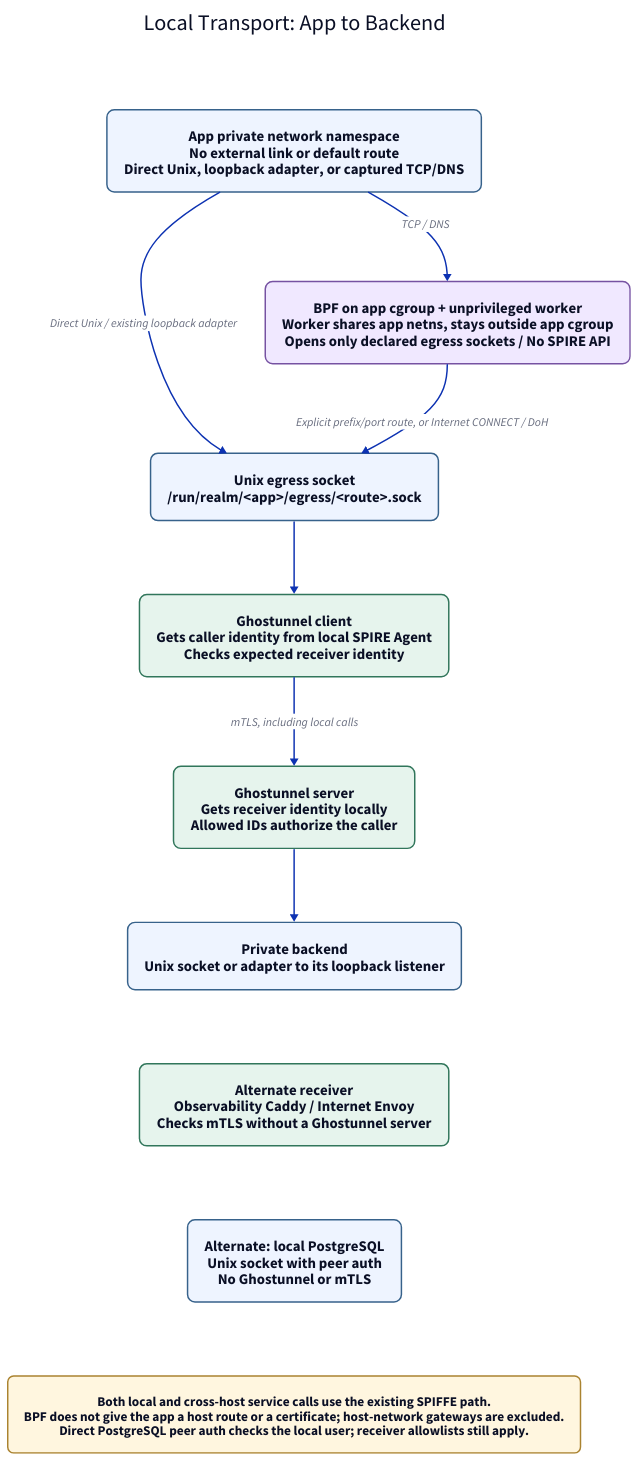
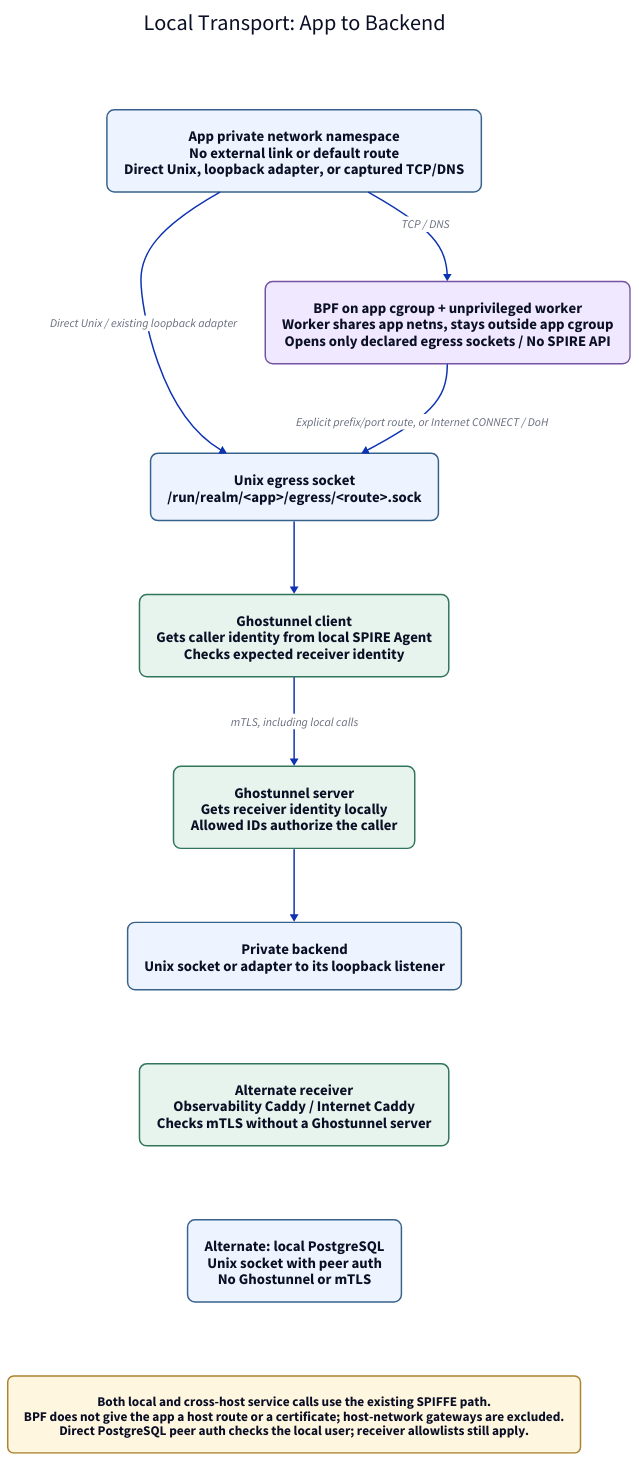
Before and after one commit to oluceps/nixos-config: the diagram in layout/local-transport.d2, drawn with D2. The commit also changed 51 other files, not shown here.

```diff
--- a/layout/local-transport.d2
+++ b/layout/local-transport.d2
@@ -1,30 +1,30 @@
 direction: down
 vars: { d2-config: { theme-id: 0 } }
 classes: {
   node: { style: { fill: "#eef4ff"; stroke: "#37628b"; border-radius: 10; font-size: 20 } }
   gateway: { style: { fill: "#e6f4ed"; stroke: "#31765b"; border-radius: 10; font-size: 20 } }
   agent: { style: { fill: "#f0e8ff"; stroke: "#7652a2"; border-radius: 10; font-size: 20 } }
   note: { style: { fill: "#fff6df"; stroke: "#aa8330"; border-radius: 8; font-size: 18 } }
 }
 title: "Local Transport: App to Backend" { shape: text; style.font-size: 30 }
 app: "App private network namespace\nNo external link or default route\nDirect Unix, loopback adapter, or captured TCP/DNS" { class: node }
 socket: "Unix egress socket\n/run/realm/<app>/egress/<route>.sock" { class: node }
 client: "Ghostunnel client\nGets caller identity from local SPIRE Agent\nChecks expected receiver identity" { class: gateway }
 server: "Ghostunnel server\nGets receiver identity locally\nAllowed IDs authorize the caller" { class: gateway }
 backend: "Private backend\nUnix socket or adapter to its loopback listener" { class: node }
 capture: "BPF on app cgroup + unprivileged worker\nWorker shares app netns, stays outside app cgroup\nOpens only declared egress sockets / No SPIRE API" { class: agent }
 app -> socket: "Direct Unix / existing loopback adapter"
 app -> capture: "TCP / DNS"
 capture -> socket: "Explicit prefix/port route, or Internet CONNECT / DoH"
 socket -> client
 client -> server: "mTLS, including local calls"
 server -> backend
-native: "Alternate receiver\nObservability Caddy / Internet Envoy\nChecks mTLS without a Ghostunnel server" { class: gateway }
+native: "Alternate receiver\nObservability Caddy / Internet Caddy\nChecks mTLS without a Ghostunnel server" { class: gateway }
 peer: "Alternate: local PostgreSQL\nUnix socket with peer auth\nNo Ghostunnel or mTLS" { class: node }
 note: "Both local and cross-host service calls use the existing SPIFFE path.\nBPF does not give the app a host route or a certificate; host-network gateways are excluded.\nDirect PostgreSQL peer auth checks the local user; receiver allowlists still apply." { class: note }
 
 # Invisible edges place title, alternates, and note on separate rows.
 title -> app: { style.opacity: 0 }
 backend -> native: { style.opacity: 0 }
 native -> peer: { style.opacity: 0 }
 peer -> note: { style.opacity: 0 }
```
